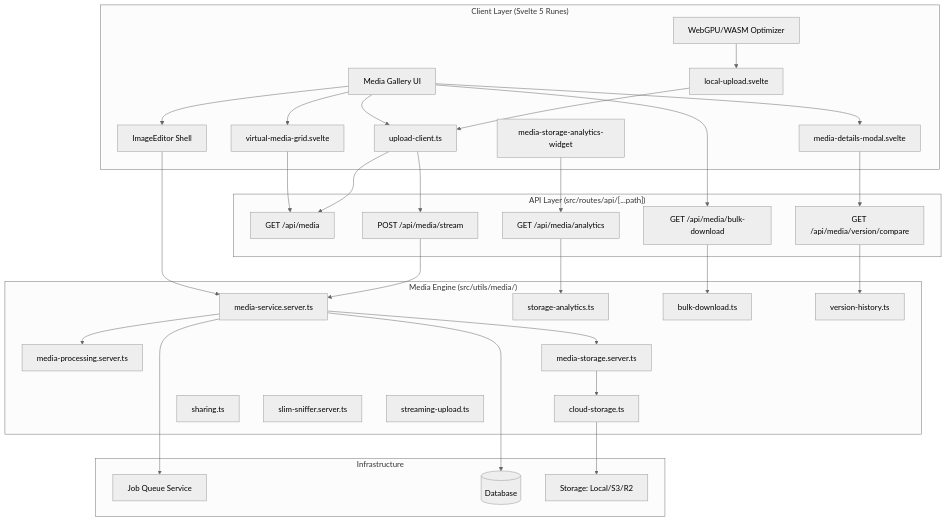
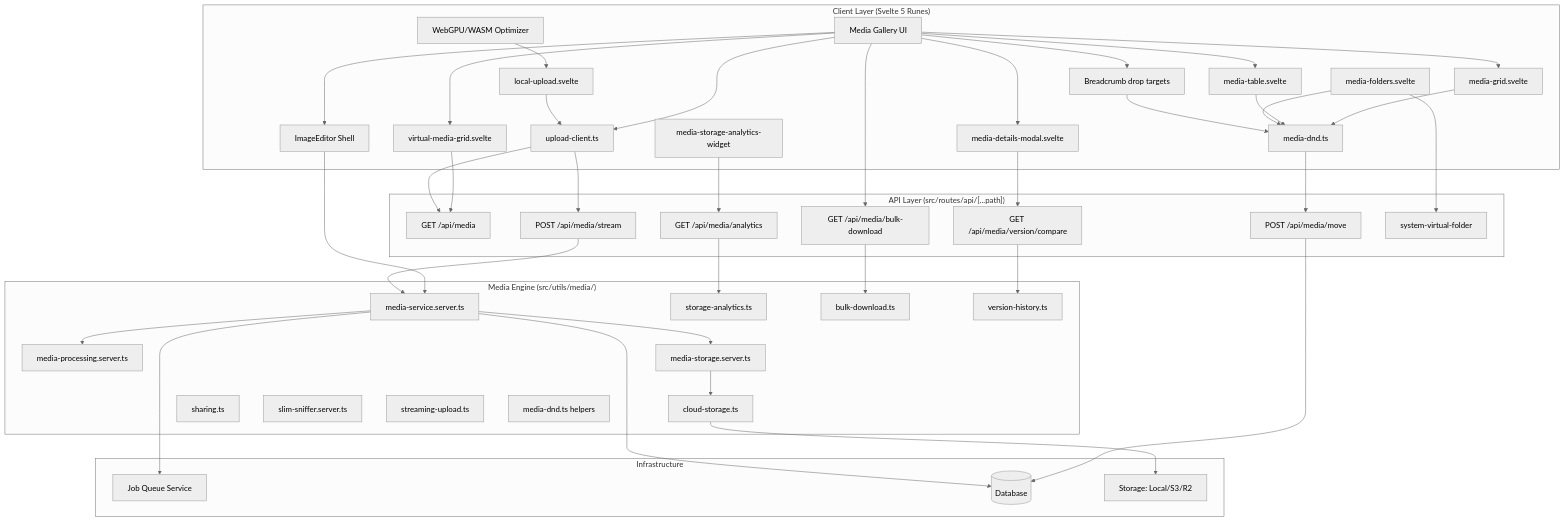
The first of 2 diagrams in docs/reference/architecture/media-system.mdx (SveltyCMS/SveltyCMS), drawn with Mermaid (neutral theme) before and after one commit. The commit also changed other lines of this file and 11 other files, not shown here.

Commit message:
feat(media): drag-drop media into virtual folders with sidebar and breadcrumb targets

````diff
--- a/docs/reference/architecture/media-system.mdx
+++ b/docs/reference/architecture/media-system.mdx
@@ -28,64 +29,82 @@
 ```mermaid
 graph TB
     subgraph "Client Layer (Svelte 5 Runes)"
         UI[Media Gallery UI]
+        GRID[media-grid.svelte]
+        TABLE[media-table.svelte]
+        FOLDERS[media-folders.svelte]
+        CRUMB[Breadcrumb drop targets]
+        DND[media-dnd.ts]
         MODAL[media-details-modal.svelte]
         UW[local-upload.svelte]
         UPLOAD[upload-client.ts]
         DASH[media-storage-analytics-widget]
         VGRID[virtual-media-grid.svelte]
         EDITOR[ImageEditor Shell]
         WGPU[WebGPU/WASM Optimizer]
     end
 
     subgraph "API Layer (src/routes/api/[...path])"
         API1[GET /api/media]
         API2[POST /api/media/stream]
         API3[GET /api/media/analytics]
         API4[GET /api/media/bulk-download]
         API5[GET /api/media/version/compare]
+        API6[POST /api/media/move]
+        API7[system-virtual-folder]
     end
 
     subgraph "Media Engine (src/utils/media/)"
         MS[media-service.server.ts]
         MPS[media-processing.server.ts]
         MST[media-storage.server.ts]
         CS[cloud-storage.ts]
         SHARING[sharing.ts]
         SNIFF[slim-sniffer.server.ts]
         ANALYTICS[storage-analytics.ts]
         BULK[bulk-download.ts]
         STREAM[streaming-upload.ts]
         VERSIONS[version-history.ts]
+        DNDUTIL[media-dnd.ts helpers]
     end
 
     subgraph "Infrastructure"
         JOBS[Job Queue Service]
         DB[(Database)]
         STORE[Storage: Local/S3/R2]
     end
 
+    UI --> GRID
+    UI --> TABLE
+    UI --> CRUMB
+    GRID --> DND
+    TABLE --> DND
+    FOLDERS --> DND
+    CRUMB --> DND
+    DND --> API6
+    FOLDERS --> API7
     UI --> VGRID
     VGRID --> API1
     UI --> MODAL
     MODAL --> API5
     UI --> UPLOAD
     UW --> UPLOAD
     UPLOAD --> API2
     UPLOAD --> API1
     DASH --> API3
     UI --> API4
     UI --> EDITOR
     WGPU --> UW
     EDITOR --> MS
     API2 --> MS
+    API6 --> DB
     API3 --> ANALYTICS
     API4 --> BULK
     API5 --> VERSIONS
     MS --> MPS
     MS --> MST
     MST --> CS
     MS --> JOBS
     MS --> DB
     CS --> STORE
 ```
````
